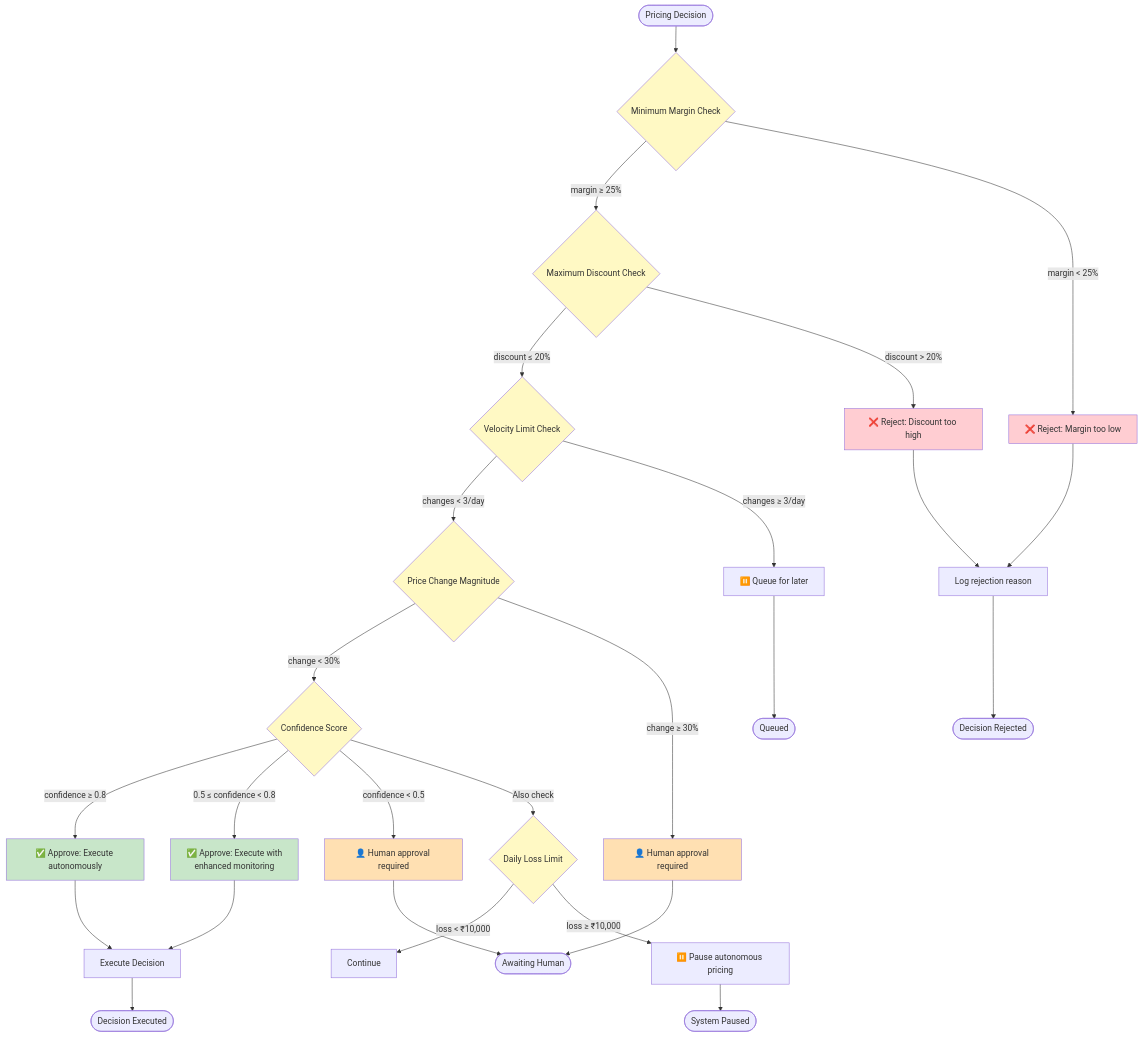
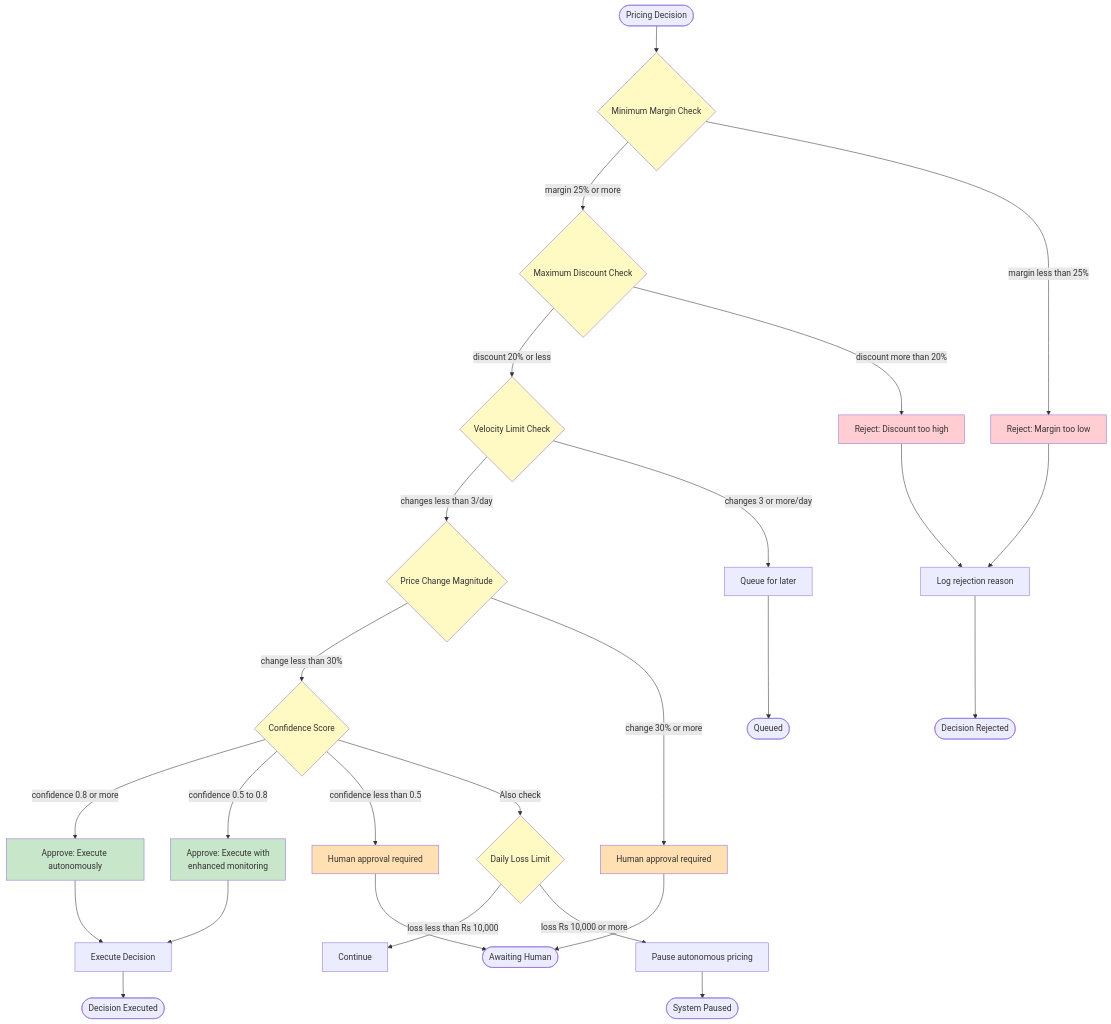
One commit to Yogeshkumar-R/AlgoNauts-Autonomous-Pricing-Engine changed the third of 7 diagrams in .kiro/specs/autonomous-pricing-engine/system-flowchart.md. Above: the diagram before and after it, drawn with Mermaid. The commit also changed other lines of this file, not shown here.

Commit message:
correction in flow

````diff
--- a/.kiro/specs/autonomous-pricing-engine/system-flowchart.md
+++ b/.kiro/specs/autonomous-pricing-engine/system-flowchart.md
@@ -132,49 +132,49 @@
 ```mermaid
 flowchart TD
     START([Pricing Decision]) --> GR1{Minimum Margin Check}
-    GR1 -->|margin ≥ 25%| GR2{Maximum Discount Check}
-    GR1 -->|margin < 25%| REJECT1[❌ Reject: Margin too low]
+    GR1 -->|margin 25% or more| GR2{Maximum Discount Check}
+    GR1 -->|margin less than 25%| REJECT1[Reject: Margin too low]
     
-    GR2 -->|discount ≤ 20%| GR3{Velocity Limit Check}
-    GR2 -->|discount > 20%| REJECT2[❌ Reject: Discount too high]
+    GR2 -->|discount 20% or less| GR3{Velocity Limit Check}
+    GR2 -->|discount more than 20%| REJECT2[Reject: Discount too high]
     
-    GR3 -->|changes < 3/day| GR4{Price Change Magnitude}
-    GR3 -->|changes ≥ 3/day| QUEUE[⏸️ Queue for later]
+    GR3 -->|changes less than 3/day| GR4{Price Change Magnitude}
+    GR3 -->|changes 3 or more/day| QUEUE[Queue for later]
     
-    GR4 -->|change < 30%| GR5{Confidence Score}
-    GR4 -->|change ≥ 30%| HUMAN1[👤 Human approval required]
+    GR4 -->|change less than 30%| GR5{Confidence Score}
+    GR4 -->|change 30% or more| HUMAN1[Human approval required]
     
-    GR5 -->|confidence ≥ 0.8| APPROVE1[✅ Approve: Execute autonomously]
-    GR5 -->|0.5 ≤ confidence < 0.8| APPROVE2[✅ Approve: Execute with<br/>enhanced monitoring]
-    GR5 -->|confidence < 0.5| HUMAN2[👤 Human approval required]
+    GR5 -->|confidence 0.8 or more| APPROVE1[Approve: Execute autonomously]
+    GR5 -->|confidence 0.5 to 0.8| APPROVE2[Approve: Execute with<br/>enhanced monitoring]
+    GR5 -->|confidence less than 0.5| HUMAN2[Human approval required]
     
     GR5 -->|Also check| LOSS{Daily Loss Limit}
-    LOSS -->|loss < ₹10,000| CONTINUE[Continue]
-    LOSS -->|loss ≥ ₹10,000| PAUSE[⏸️ Pause autonomous pricing]
+    LOSS -->|loss less than Rs 10,000| CONTINUE[Continue]
+    LOSS -->|loss Rs 10,000 or more| PAUSE[Pause autonomous pricing]
     
     REJECT1 --> LOG1[Log rejection reason]
     REJECT2 --> LOG1
     LOG1 --> END1([Decision Rejected])
     
     APPROVE1 --> EXEC[Execute Decision]
     APPROVE2 --> EXEC
     EXEC --> END2([Decision Executed])
     
     HUMAN1 --> END3([Awaiting Human])
     HUMAN2 --> END3
     QUEUE --> END4([Queued])
     PAUSE --> END5([System Paused])
     
     style GR1 fill:#fff9c4
     style GR2 fill:#fff9c4
     style GR3 fill:#fff9c4
     style GR4 fill:#fff9c4
     style GR5 fill:#fff9c4
     style LOSS fill:#fff9c4
     style APPROVE1 fill:#c8e6c9
     style APPROVE2 fill:#c8e6c9
     style REJECT1 fill:#ffcdd2
     style REJECT2 fill:#ffcdd2
     style HUMAN1 fill:#ffe0b2
     style HUMAN2 fill:#ffe0b2
 ```
````
